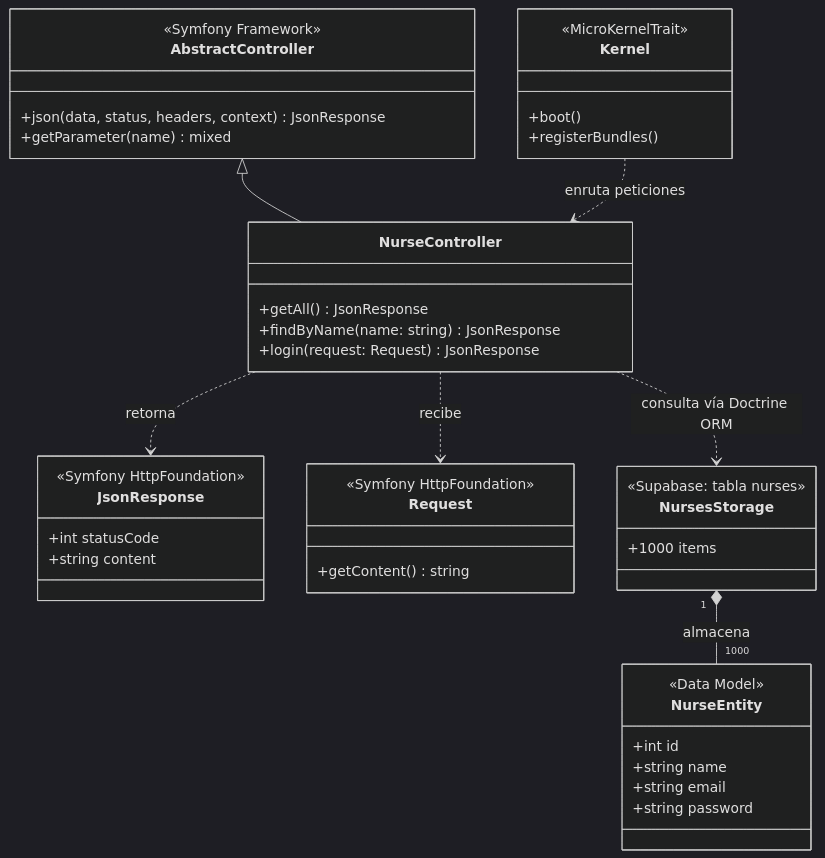
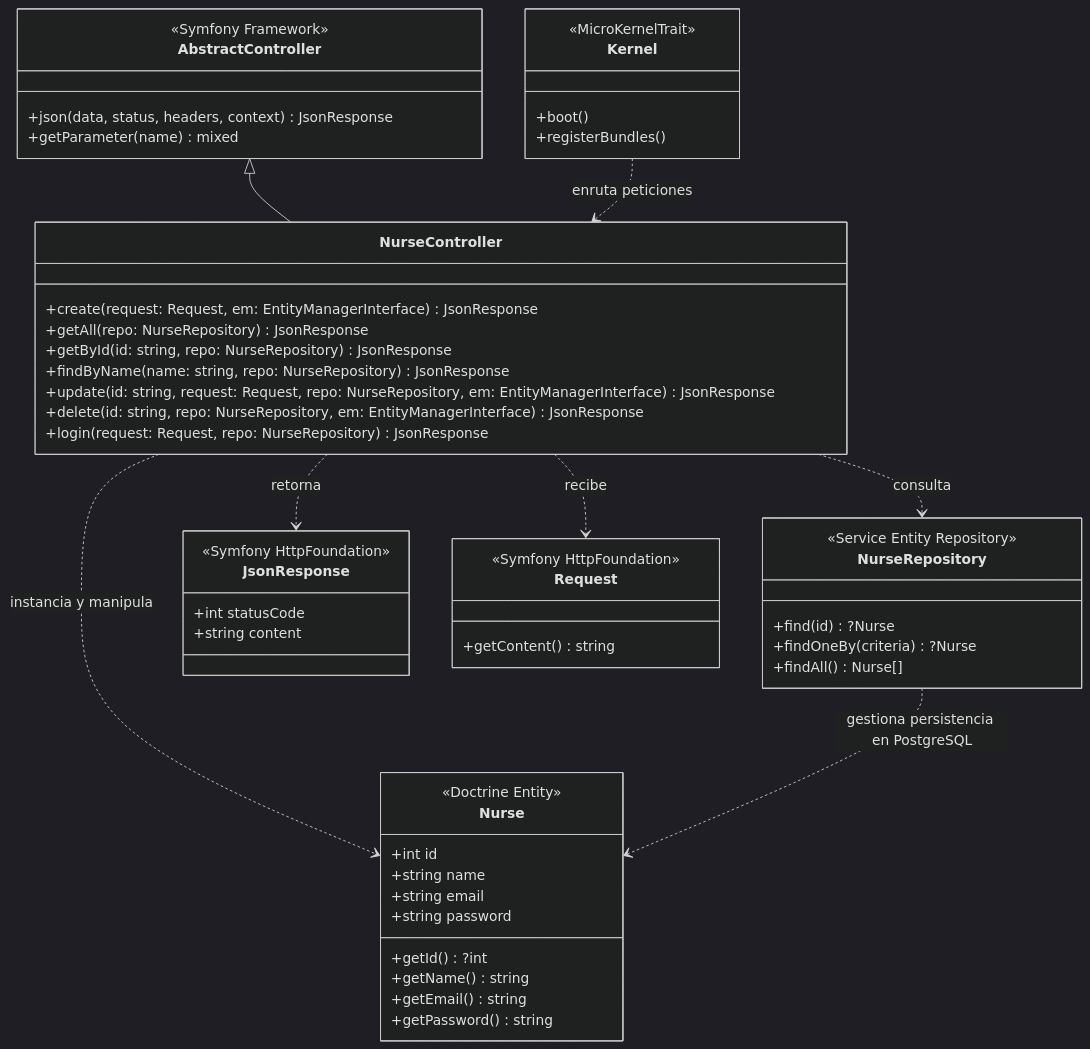
Before and after one commit to zqf20096327/dbhub_collect: the second of 7 diagrams in data/readmes/Ignaciobrenas__Nurse-Simulator.md, drawn with Mermaid (dark theme). The commit also changed other lines of this file and 910 other files, not shown here.

````diff
--- a/data/readmes/Ignaciobrenas__Nurse-Simulator.md
+++ b/data/readmes/Ignaciobrenas__Nurse-Simulator.md
@@ -79,52 +84,63 @@
 ```mermaid
 classDiagram
     direction TB
     class Kernel {
         <<MicroKernelTrait>>
         +boot()
         +registerBundles()
     }
 
     class AbstractController {
         <<Symfony Framework>>
         +json(data, status, headers, context) JsonResponse
         +getParameter(name) mixed
     }
 
     class NurseController {
-        +getAll() JsonResponse
-        +findByName(name: string) JsonResponse
-        +login(request: Request) JsonResponse
+        +create(request: Request, em: EntityManagerInterface) JsonResponse
+        +getAll(repo: NurseRepository) JsonResponse
+        +getById(id: string, repo: NurseRepository) JsonResponse
+        +findByName(name: string, repo: NurseRepository) JsonResponse
+        +update(id: string, request: Request, repo: NurseRepository, em: EntityManagerInterface) JsonResponse
+        +delete(id: string, repo: NurseRepository, em: EntityManagerInterface) JsonResponse
+        +login(request: Request, repo: NurseRepository) JsonResponse
+    }
+
+    class NurseRepository {
+        <<Service Entity Repository>>
+        +find(id) ?Nurse
+        +findOneBy(criteria) ?Nurse
+        +findAll() Nurse[]
+    }
+
+    class Nurse {
+        <<Doctrine Entity>>
+        +int id
+        +string name
+        +string email
+        +string password
+        +getId() ?int
+        +getName() string
+        +getEmail() string
+        +getPassword() string
     }
 
     class JsonResponse {
         <<Symfony HttpFoundation>>
         +int statusCode
         +string content
     }
 
     class Request {
         <<Symfony HttpFoundation>>
         +getContent() string
     }
 
-    class NurseEntity {
-        <<Data Model>>
-        +int id
-        +string name
-        +string email
-        +string password
-    }
-
-    class NursesStorage {
-        <<Supabase: tabla nurses>>
-        +1000 items
-    }
-
     AbstractController <|-- NurseController
     NurseController ..> Request : recibe
     NurseController ..> JsonResponse : retorna
-    NurseController ..> NursesStorage : consulta ví­a Doctrine ORM
-    NursesStorage "1" *-- "1000" NurseEntity : almacena
+    NurseController ..> NurseRepository : consulta
+    NurseController ..> Nurse : instancia y manipula
+    NurseRepository ..> Nurse : gestiona persistencia en PostgreSQL
     Kernel ..> NurseController : enruta peticiones
 ```
````
